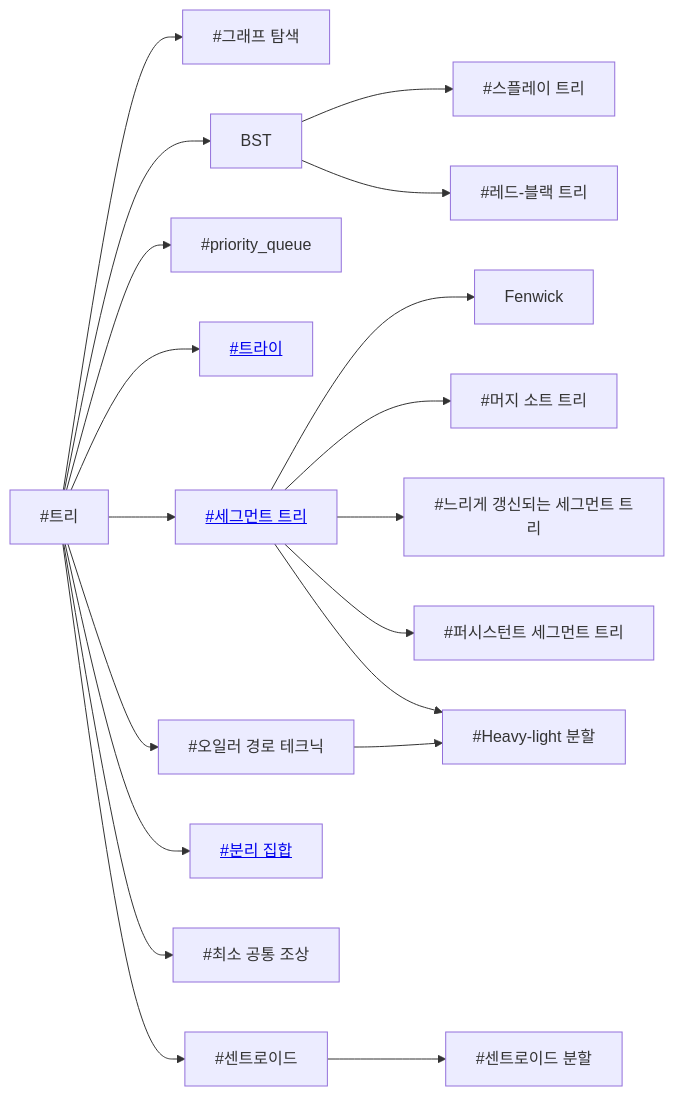
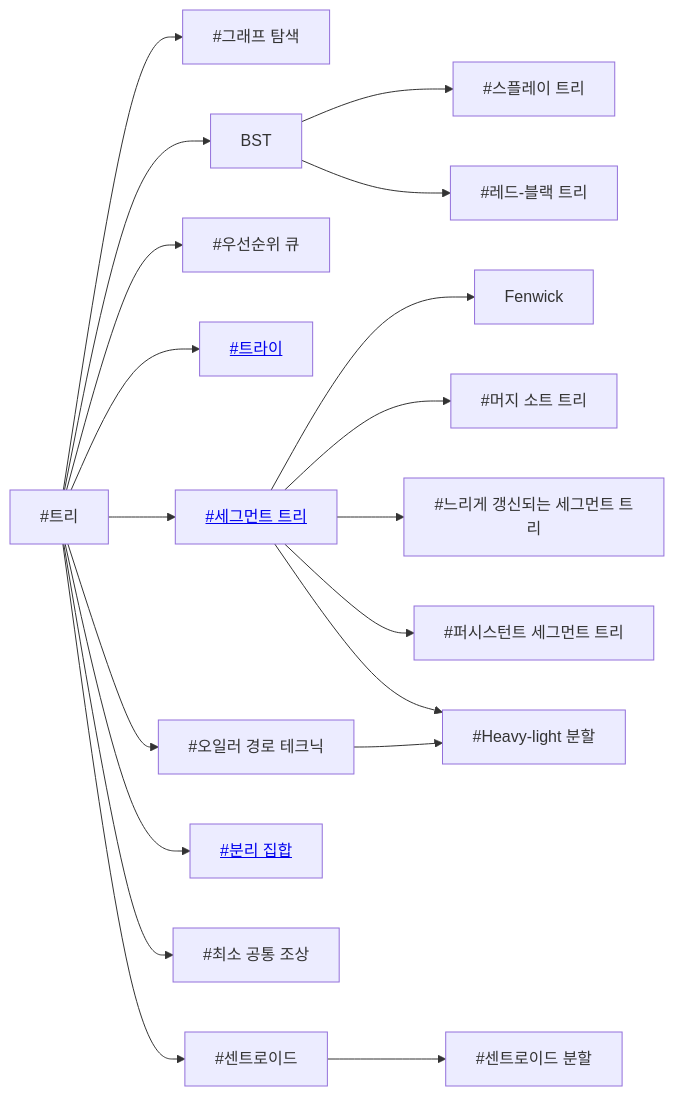
The fifth of 9 diagrams in index.md (CHOYUNSIG/algorithm_with_boj), drawn with Mermaid before and after one commit.

Commit message:
태그 연결 수정

```diff
--- a/index.md
+++ b/index.md
@@ -149,38 +149,39 @@
 <pre class="mermaid">
     graph LR
 
     #trees --> #graph_traversal
     #trees --> BST
     #trees --> #priority_queue
     #trees --> #trie
     #trees --> #segtree
     #trees --> #euler_tour_technique
     #trees --> #disjoint_set
     #trees --> #lca
     #trees --> #centroid
     #centroid --> #centroid_decomposition
     BST --> #splay_tree
     BST --> #rb_tree
     #euler_tour_technique --> #hld
     #segtree --> Fenwick
     #segtree --> #merge_sort_tree
     #segtree --> #lazyprop
     #segtree --> #pst
     #segtree --> #hld
 
     #centroid[#센트로이드]
     #centroid_decomposition[#센트로이드 분할]
     #disjoint_set[<a href="post/2024/01/13/disjoint_set.html">#분리 집합</a>]
     #euler_tour_technique[#오일러 경로 테크닉]
     #graph_traversal[#그래프 탐색]
     #hld[#Heavy-light 분할]
     #lazyprop[#느리게 갱신되는 세그먼트 트리]
     #lca[#최소 공통 조상]
     #merge_sort_tree[#머지 소트 트리]
     #pst[#퍼시스턴트 세그먼트 트리]
     #rb_tree[#레드-블랙 트리]
     #segtree[<a href="post/2024/01/11/segtree.html">#세그먼트 트리</a>]
     #splay_tree[#스플레이 트리]
+    #priority_queue[#우선순위 큐]
     #trees[#트리]
     #trie[<a href="post/2024/01/03/trie.html">#트라이</a>]
 </pre>
```
